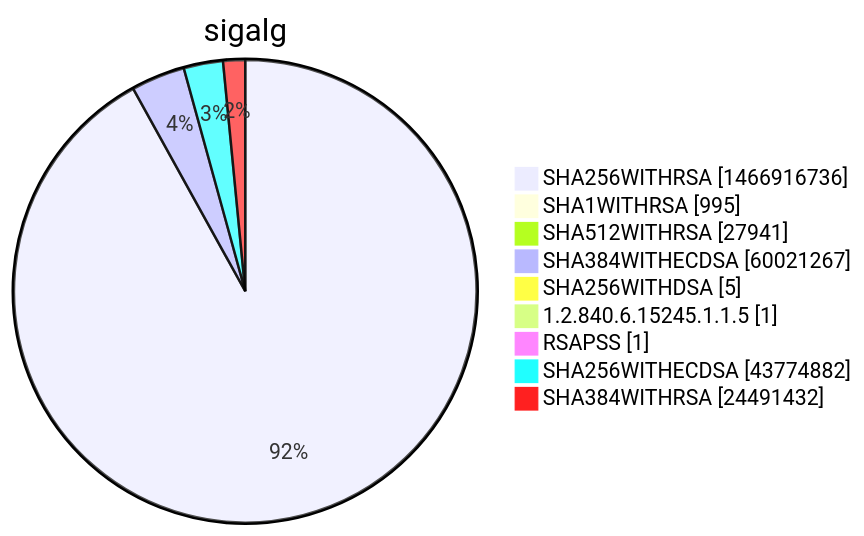
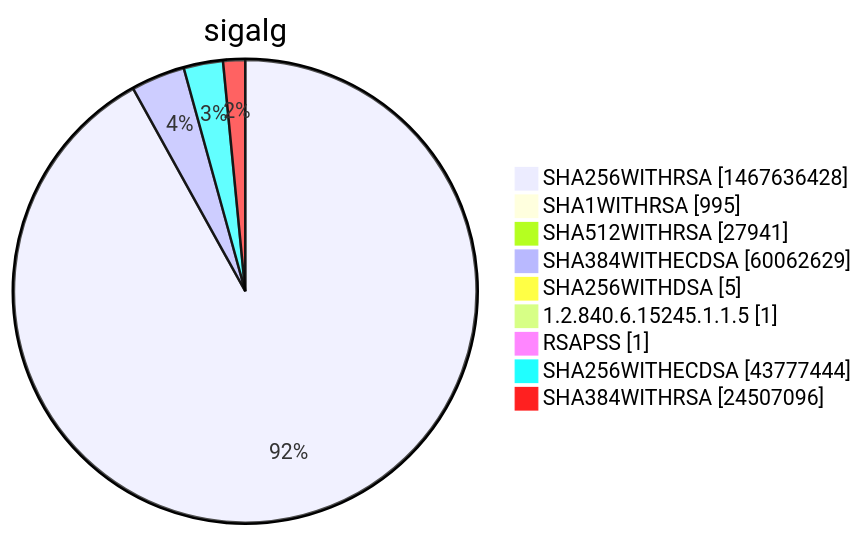
Before and after one commit to christiankrug/ctmonitor_visualization: diagram 15 of 15 in xenon2022/README.md, drawn with Mermaid. The commit also changed other lines of this file, not shown here.

````diff
--- a/xenon2022/README.md
+++ b/xenon2022/README.md
@@ -5863,13 +5863,13 @@
 ```mermaid
 pie showData
 title sigalg
-"SHA256WITHRSA" :1466916736
+"SHA256WITHRSA" :1467636428
 "SHA1WITHRSA" :995
 "SHA512WITHRSA" :27941
-"SHA384WITHECDSA" :60021267
+"SHA384WITHECDSA" :60062629
 "SHA256WITHDSA" :5
 "1.2.840.6.15245.1.1.5" :1
 "RSAPSS" :1
-"SHA256WITHECDSA" :43774882
-"SHA384WITHRSA" :24491432
+"SHA256WITHECDSA" :43777444
+"SHA384WITHRSA" :24507096
 ```
````
